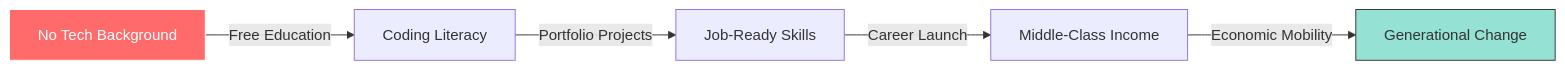
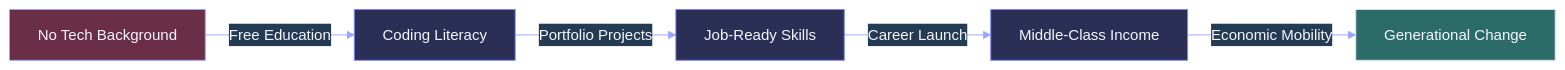
The eighth of 11 diagrams in README.md (Tim-Spurlin/Christian-Kota-Contributions-Snapshot), drawn with Mermaid before and after one commit. The commit also changed other lines of this file, not shown here.

Commit message:
Improve Mermaid diagram contrast across README

````diff
--- a/README.md
+++ b/README.md
@@ -351,10 +357,11 @@
 ```mermaid
+%%{init: {'theme':'base', 'themeVariables': { 'background':'#0f1220', 'primaryColor':'#2b2f55', 'primaryTextColor':'#f5f7ff', 'primaryBorderColor':'#7a86ff', 'lineColor':'#9aa4ff', 'secondaryColor':'#243b53', 'tertiaryColor':'#3f2a56', 'clusterBkg':'#1a1f38', 'clusterBorder':'#7a86ff', 'fontSize':'16px'}}}%%
 graph LR
     A[No Tech Background] -->|Free Education| B[Coding Literacy]
     B -->|Portfolio Projects| C[Job-Ready Skills]
     C -->|Career Launch| D[Middle-Class Income]
     D -->|Economic Mobility| E[Generational Change]
     
-    style A fill:#FF6B6B,stroke:#fff,color:#fff
-    style E fill:#95E1D3,stroke:#333,color:#333
+    style A fill:#6a2e46,stroke:#9aa4ff,color:#f5f7ff
+    style E fill:#2b6c68,stroke:#d8dcff,color:#f5f7ff
 ```
````
